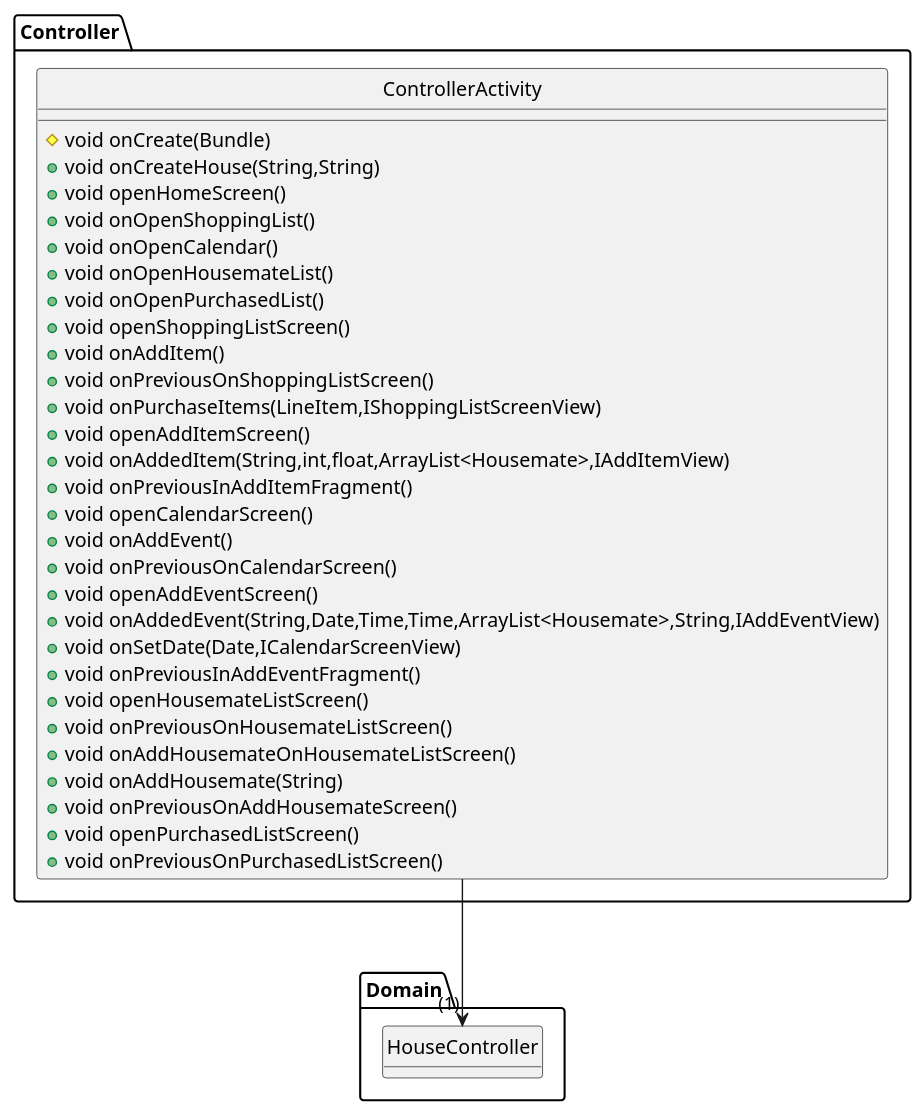
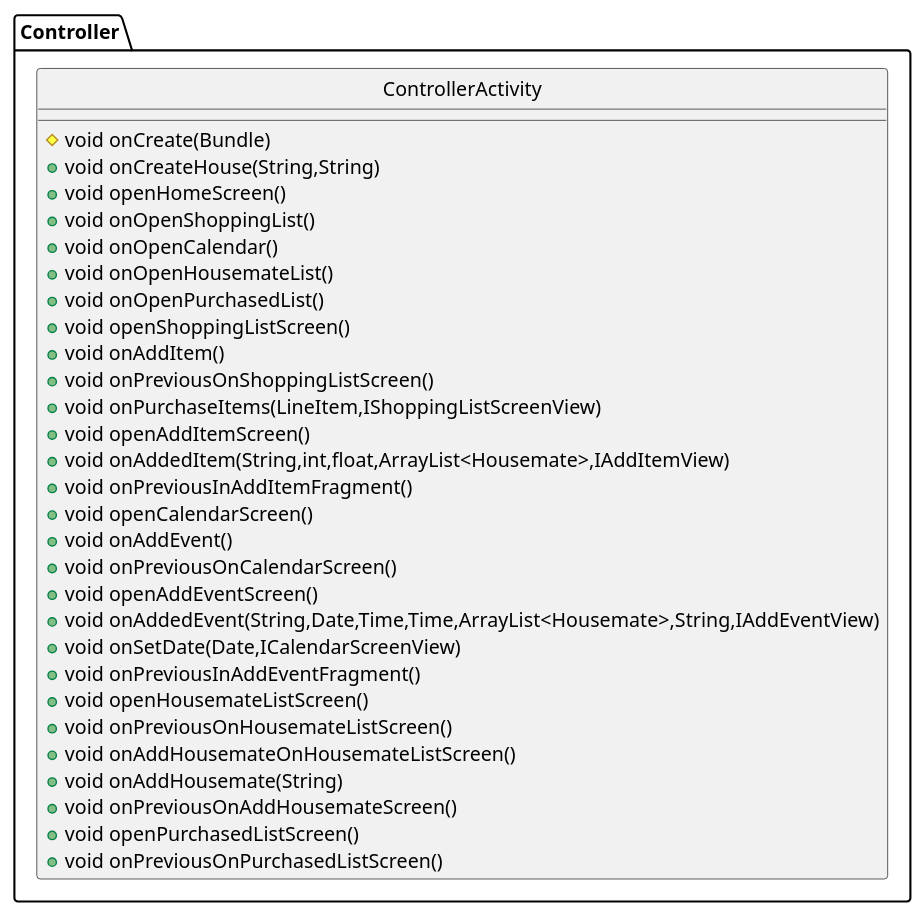
Before and after one commit to willemnielsen/House-App: the sixth of 10 diagrams in intellij/doc/design.md, drawn with PlantUML. The commit also changed other lines of this file, not shown here.

````diff
--- a/intellij/doc/design.md
+++ b/intellij/doc/design.md
@@ -265,39 +265,38 @@
 ```plantuml
 @startuml
 hide circle
 hide empty methods
 
 class Controller.ControllerActivity {
 # void onCreate(Bundle)
 + void onCreateHouse(String,String)
 + void openHomeScreen()
 + void onOpenShoppingList()
 + void onOpenCalendar()
 + void onOpenHousemateList()
 + void onOpenPurchasedList()
 + void openShoppingListScreen()
 + void onAddItem()
 + void onPreviousOnShoppingListScreen()
 + void onPurchaseItems(LineItem,IShoppingListScreenView)
 + void openAddItemScreen()
 + void onAddedItem(String,int,float,ArrayList<Housemate>,IAddItemView)
 + void onPreviousInAddItemFragment()
 + void openCalendarScreen()
 + void onAddEvent()
 + void onPreviousOnCalendarScreen()
 + void openAddEventScreen()
 + void onAddedEvent(String,Date,Time,Time,ArrayList<Housemate>,String,IAddEventView)
 + void onSetDate(Date,ICalendarScreenView)
 + void onPreviousInAddEventFragment()
 + void openHousemateListScreen()
 + void onPreviousOnHousemateListScreen()
 + void onAddHousemateOnHousemateListScreen()
 + void onAddHousemate(String)
 + void onPreviousOnAddHousemateScreen()
 + void openPurchasedListScreen()
 + void onPreviousOnPurchasedListScreen()
 }
-Controller.ControllerActivity --> "(1)" Domain.HouseController :\t\t\t\t
 
 @enduml
 ```
````
